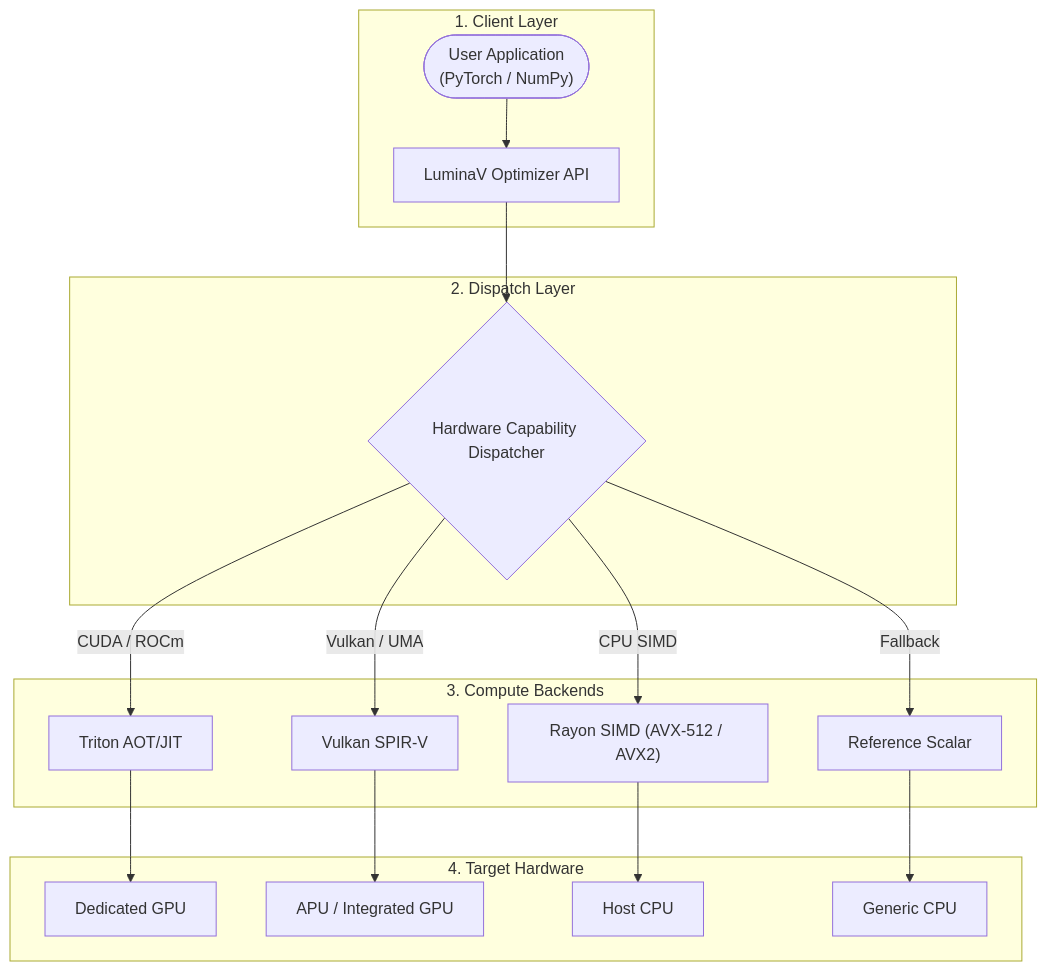
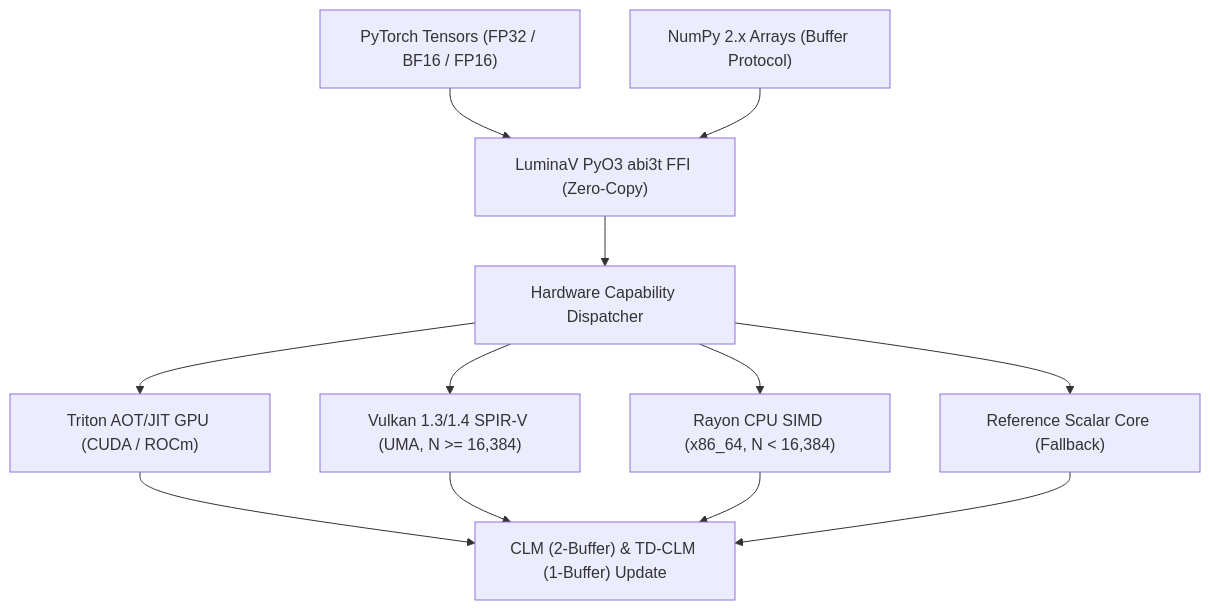
Before and after one commit to cloverx-id/luminamoon: the diagram in optimizer/README.md, drawn with Mermaid. The commit also changed other lines of this file and 49 other files, not shown here.

Commit message:
change diagram style

````diff
--- a/optimizer/README.md
+++ b/optimizer/README.md
@@ -25,24 +23,11 @@
 ```mermaid
 flowchart TD
-    subgraph Client["1. Client Layer"]
-        App(["User Application\n(PyTorch / NumPy)"]) --> API["LuminaV Optimizer API"]
-    end
-
-    subgraph Routing["2. Dispatch Layer"]
-        API --> Dispatcher{"Hardware Capability Dispatcher"}
-    end
-
-    subgraph Backends["3. Compute Backends"]
-        Dispatcher -->|"CUDA / ROCm"| Triton["Triton AOT/JIT"]
-        Dispatcher -->|"Vulkan / UMA"| Vulkan["Vulkan SPIR-V"]
-        Dispatcher -->|"CPU SIMD"| SIMD["Rayon SIMD (AVX-512 / AVX2)"]
-        Dispatcher -->|"Fallback"| Scalar["Reference Scalar"]
-    end
-
-    subgraph Devices["4. Target Hardware"]
-        Triton --> DevGPU["Dedicated GPU"]
-        Vulkan --> DevUMA["APU / Integrated GPU"]
-        SIMD --> DevCPU["Host CPU"]
-        Scalar --> DevGeneric["Generic CPU"]
-    end
+    PyTorch["PyTorch Tensors (FP32 / BF16 / FP16)"] --> FFI["LuminaV PyO3 abi3t FFI (Zero-Copy)"]
+    NumPy["NumPy 2.x Arrays (Buffer Protocol)"] --> FFI
+    FFI --> Dispatcher["Hardware Capability Dispatcher"]
+    Dispatcher --> Triton["Triton AOT/JIT GPU (CUDA / ROCm)"]
+    Dispatcher --> Vulkan["Vulkan 1.3/1.4 SPIR-V (UMA, N >= 16,384)"]
+    Dispatcher --> SIMD["Rayon CPU SIMD (x86_64, N < 16,384)"]
+    Dispatcher --> Scalar["Reference Scalar Core (Fallback)"]
+    Triton & Vulkan & SIMD & Scalar --> Math["CLM (2-Buffer) & TD-CLM (1-Buffer) Update"]
 ```
````
